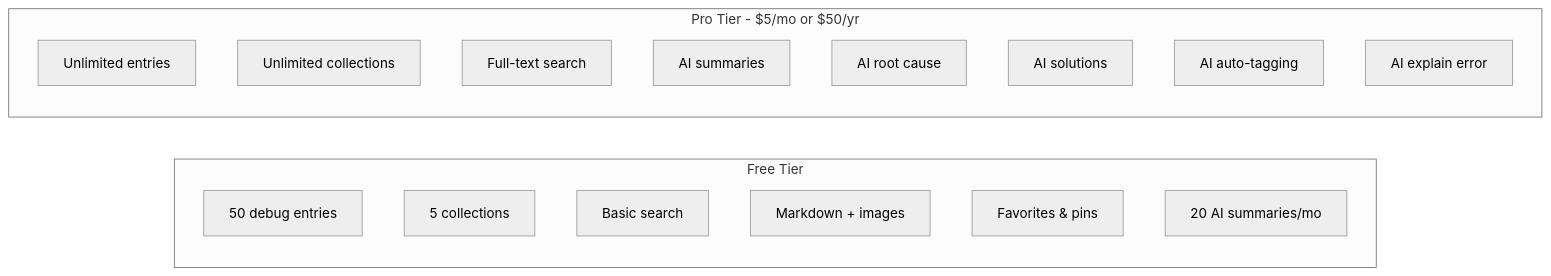
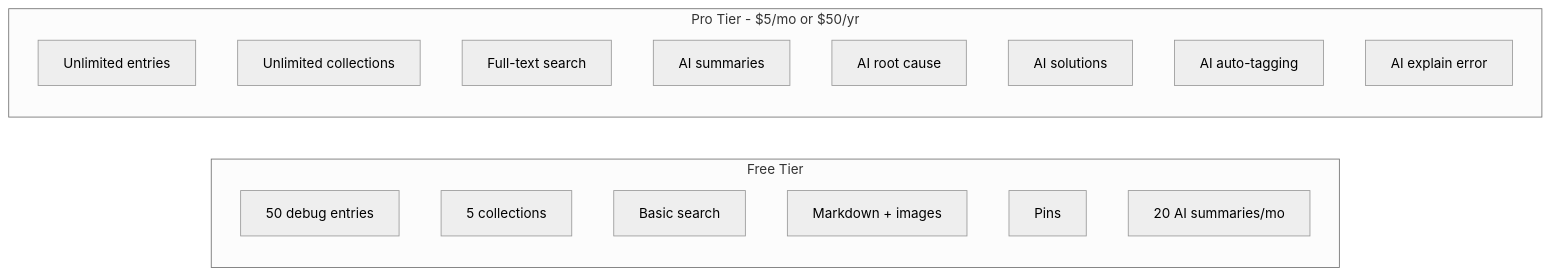
One commit to SalmanAjani/devdebug changed the fourth of 4 diagrams in context/project-overview.md. Above: the diagram before and after it, drawn with Mermaid (neutral theme). The commit also changed other lines of this file, not shown here.

First line of the commit message:
docs: replace favorites with pinned in project overview

````diff
--- a/context/project-overview.md
+++ b/context/project-overview.md
@@ -627,22 +624,22 @@
 ```mermaid
 flowchart LR
     subgraph Free["Free Tier"]
         F1["50 debug entries"]
         F2["5 collections"]
         F3["Basic search"]
         F4["Markdown + images"]
-        F5["Favorites & pins"]
+        F5["Pins"]
         F6["20 AI summaries/mo"]
     end
 
     subgraph Pro["Pro Tier - $5/mo or $50/yr"]
         P1["Unlimited entries"]
         P2["Unlimited collections"]
         P3["Full-text search"]
         P4["AI summaries"]
         P5["AI root cause"]
         P6["AI solutions"]
         P7["AI auto-tagging"]
         P8["AI explain error"]
     end
 ```
````
